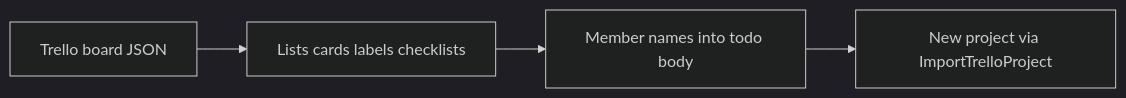
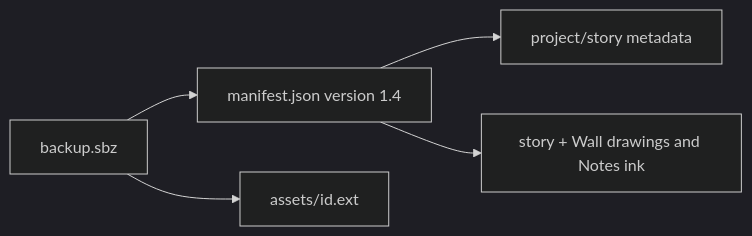
One commit to markrai/scrumboy changed the second of 4 diagrams in docs/diagrams/scrumboy_backup_import.md. Above: the diagram before and after it, drawn with Mermaid (dark theme). The commit also changed other lines of this file and 189 other files, not shown here.

````diff
--- a/docs/diagrams/scrumboy_backup_import.md
+++ b/docs/diagrams/scrumboy_backup_import.md
@@ -66,9 +47,13 @@
 ```mermaid
 flowchart LR
-  TrelloJSON[Trello board JSON]
-  Map[Lists cards labels checklists]
-  Notes["Member names into todo body"]
-  Proj["New project via ImportTrelloProject"]
+  SBZ["backup.sbz"]
+  Manifest["manifest.json version 1.4"]
+  Assets["assets/id.ext"]
+  Projects[project/story metadata]
+  Draw[story + Wall drawings and Notes ink]
 
-  TrelloJSON --> Map --> Notes --> Proj
+  SBZ --> Manifest
+  SBZ --> Assets
+  Manifest --> Projects
+  Manifest --> Draw
 ```
````
